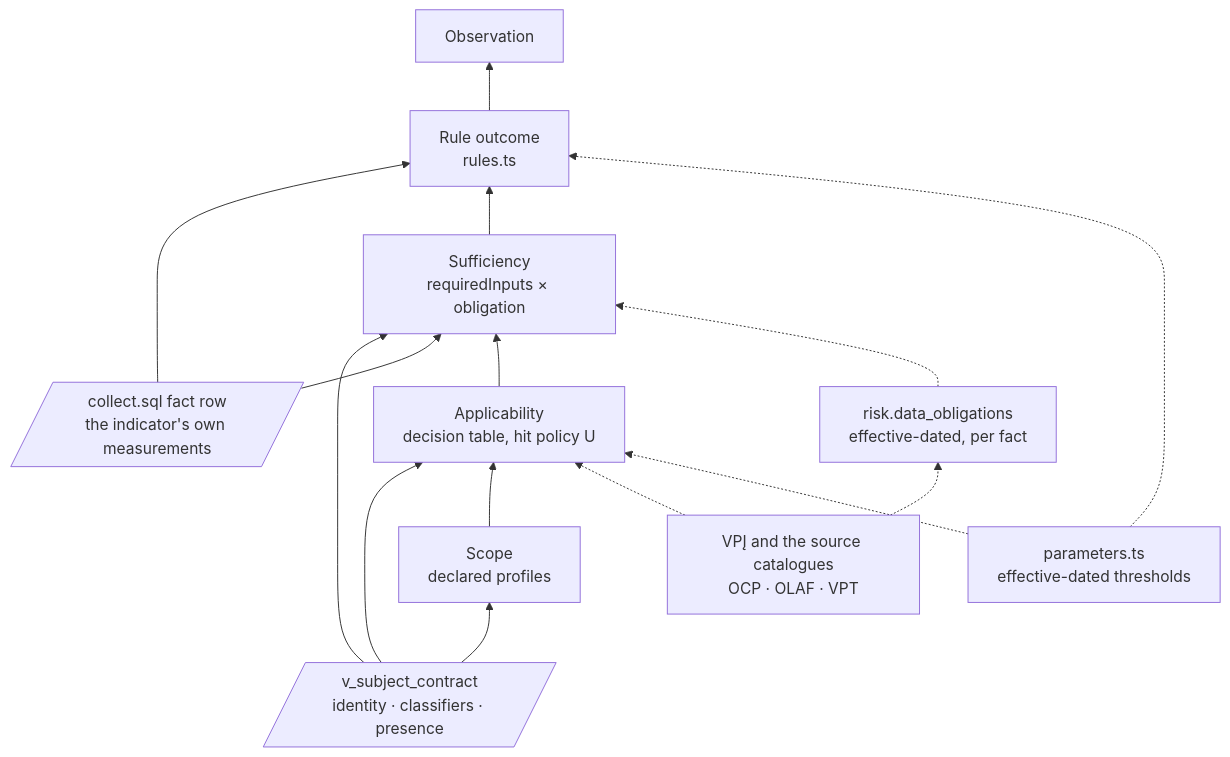
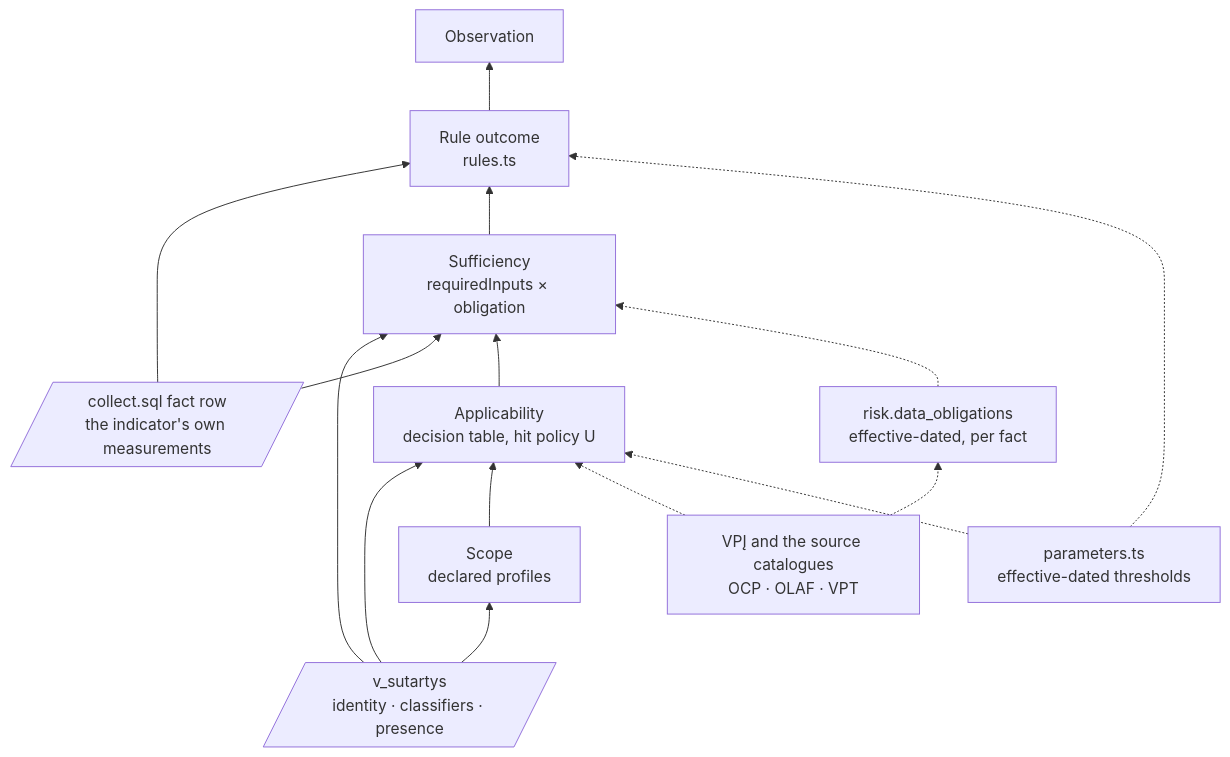
The sixth of 8 diagrams in docs/indicators-story/risk-service-architecture.md (Viespirkiu-grupe/viespirkiai), drawn with Mermaid before and after one commit. The commit also changed other lines of this file and 9 other files, not shown here.

````diff
--- a/docs/indicators-story/risk-service-architecture.md
+++ b/docs/indicators-story/risk-service-architecture.md
@@ -703,31 +725,31 @@
 ```mermaid
 flowchart BT
-    ID1[/"v_subject_contract<br/>identity · classifiers · presence"/]
+    ID1[/"v_sutartys<br/>identity · classifiers · presence"/]
     ID2[/"collect.sql fact row<br/>the indicator's own measurements"/]
 
     KS1["VPĮ and the source catalogues<br/>OCP · OLAF · VPT"]
     KS2["risk.data_obligations<br/>effective-dated, per fact"]
     KS3["parameters.ts<br/>effective-dated thresholds"]
 
     D1["Scope<br/>declared profiles"]
     D2["Applicability<br/>decision table, hit policy U"]
     D3["Sufficiency<br/>requiredInputs × obligation"]
     D4["Rule outcome<br/>rules.ts"]
     D0["Observation"]
 
     ID1 --> D1
     ID1 --> D2
     ID1 --> D3
     ID2 --> D3
     ID2 --> D4
     D1 --> D2
     D2 --> D3
     D3 --> D4
     D4 --> D0
 
     KS1 -.-> KS2
     KS2 -.-> D3
     KS1 -.-> D2
     KS3 -.-> D2
     KS3 -.-> D4
 ```
````
